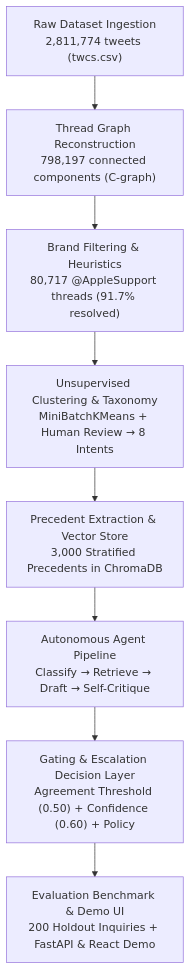
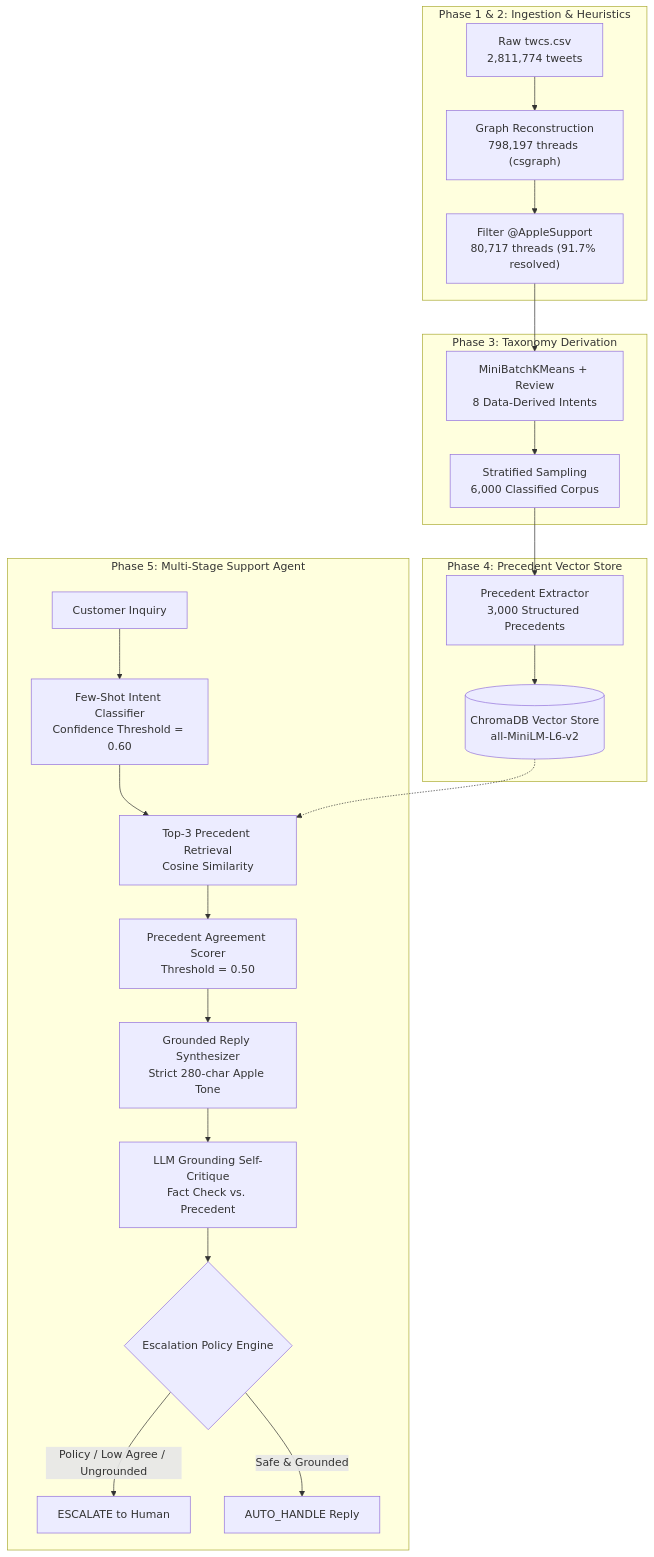
The diagram in README.md (Amar-7778/Customer-Support-Agent-Apple-Support-), drawn with Mermaid before and after one commit. The commit also changed other lines of this file, not shown here.

````diff
--- a/README.md
+++ b/README.md
@@ -5,10 +147,30 @@
 ```mermaid
 flowchart TD
-    A["Raw Dataset Ingestion<br/>2,811,774 tweets (twcs.csv)"] --> B["Thread Graph Reconstruction<br/>798,197 connected components (C-graph)"]
-    B --> C["Brand Filtering & Heuristics<br/>80,717 @AppleSupport threads (91.7% resolved)"]
-    C --> D["Unsupervised Clustering & Taxonomy<br/>MiniBatchKMeans + Human Review → 8 Intents"]
-    D --> E["Precedent Extraction & Vector Store<br/>3,000 Stratified Precedents in ChromaDB"]
-    E --> F["Autonomous Agent Pipeline<br/>Classify → Retrieve → Draft → Self-Critique"]
-    F --> G["Gating & Escalation Decision Layer<br/>Agreement Threshold (0.50) + Confidence (0.60) + Policy"]
-    G --> H["Evaluation Benchmark & Demo UI<br/>200 Holdout Inquiries + FastAPI & React Demo"]
+    subgraph INGESTION ["Phase 1 & 2: Ingestion & Heuristics"]
+        A["Raw twcs.csv<br/>2,811,774 tweets"] --> B["Graph Reconstruction<br/>798,197 threads (csgraph)"]
+        B --> C["Filter @AppleSupport<br/>80,717 threads (91.7% resolved)"]
+    end
+
+    subgraph TAXONOMY ["Phase 3: Taxonomy Derivation"]
+        C --> D["MiniBatchKMeans + Review<br/>8 Data-Derived Intents"]
+        D --> E["Stratified Sampling<br/>6,000 Classified Corpus"]
+    end
+
+    subgraph RETRIEVAL ["Phase 4: Precedent Vector Store"]
+        E --> F["Precedent Extractor<br/>3,000 Structured Precedents"]
+        F --> G[("ChromaDB Vector Store<br/>all-MiniLM-L6-v2")]
+    end
+
+    subgraph AGENT ["Phase 5: Multi-Stage Support Agent"]
+        H["Customer Inquiry"] --> I["Few-Shot Intent Classifier<br/>Confidence Threshold = 0.60"]
+        I --> J["Top-3 Precedent Retrieval<br/>Cosine Similarity"]
+        J --> K["Precedent Agreement Scorer<br/>Threshold = 0.50"]
+        K --> L["Grounded Reply Synthesizer<br/>Strict 280-char Apple Tone"]
+        L --> M["LLM Grounding Self-Critique<br/>Fact Check vs. Precedent"]
+        M --> N{"Escalation Policy Engine"}
+        N -- "Policy / Low Agree / Ungrounded" --> O["ESCALATE to Human"]
+        N -- "Safe & Grounded" --> P["AUTO_HANDLE Reply"]
+    end
+
+    G -.-> J
 ```
````
